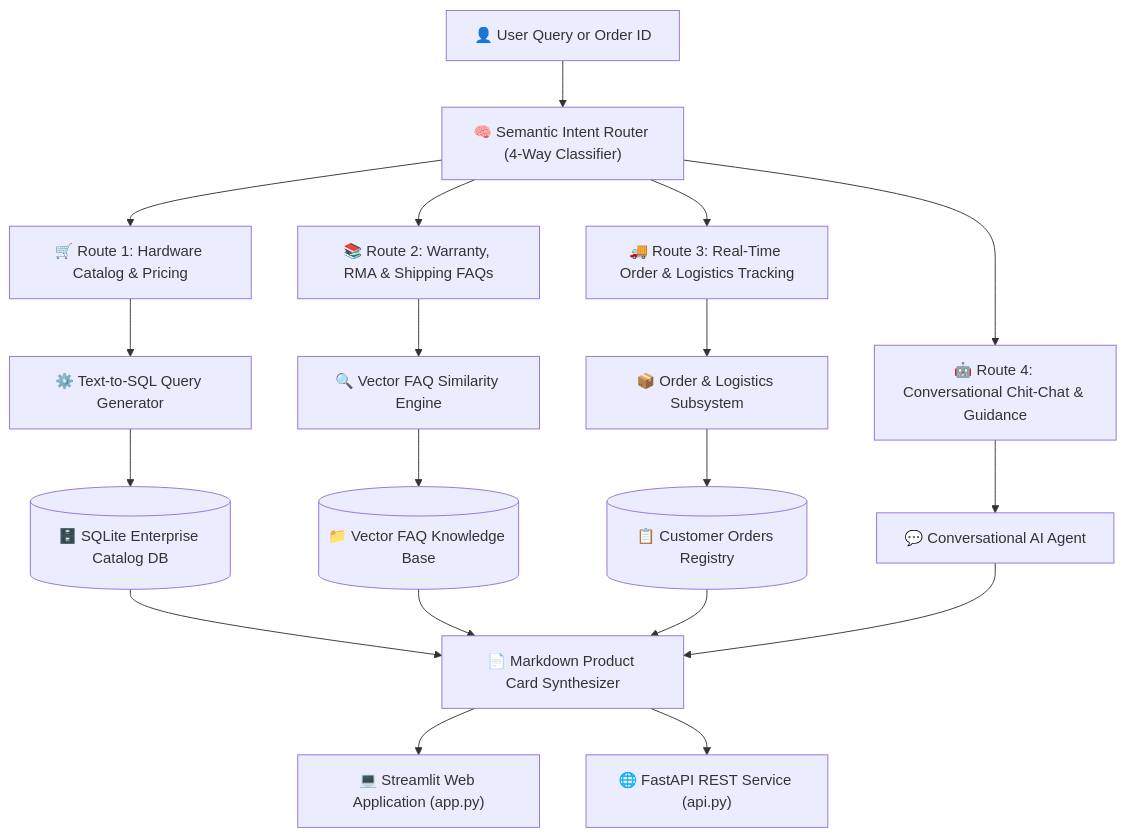
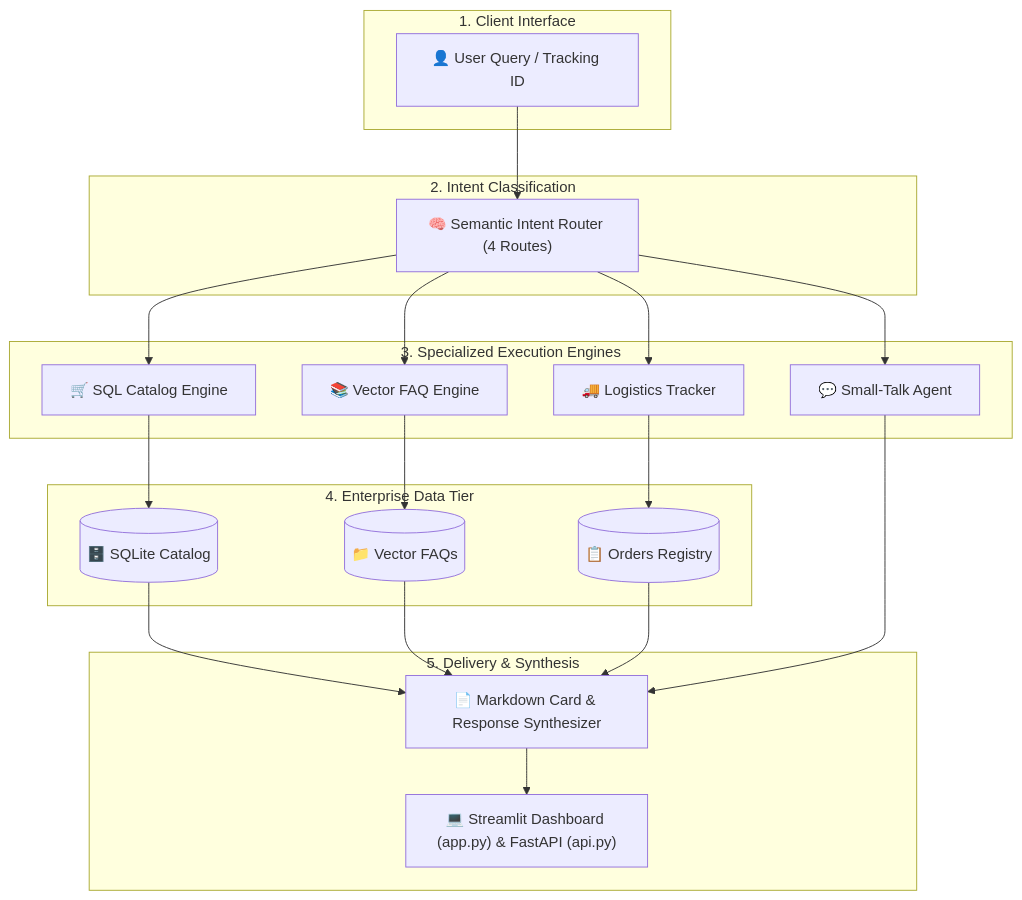
One commit to Harish-Mathematican/GyanLabs-Agentic-Commerce-Chatbot changed the diagram in README.md. Above: the diagram before and after it, drawn with Mermaid.

Commit message:
fix: compact subgraphs architecture in Mermaid diagram for responsive rendering across all screen widths

````diff
--- a/README.md
+++ b/README.md
@@ -20,26 +20,45 @@
 ```mermaid
 flowchart TD
-    User["👤 User Query or Order ID"] --> Router["🧠 Semantic Intent Router (4-Way Classifier)"]
+    subgraph ClientLayer ["1. Client Interface"]
+        User["👤 User Query / Tracking ID"]
+    end
 
-    Router --> Route1["🛒 Route 1: Hardware Catalog & Pricing"]
-    Router --> Route2["📚 Route 2: Warranty, RMA & Shipping FAQs"]
-    Router --> Route3["🚚 Route 3: Real-Time Order & Logistics Tracking"]
-    Router --> Route4["🤖 Route 4: Conversational Chit-Chat & Guidance"]
+    subgraph RouterLayer ["2. Intent Classification"]
+        Router["🧠 Semantic Intent Router (4 Routes)"]
+    end
 
-    Route1 --> SQLGen["⚙️ Text-to-SQL Query Generator"]
-    Route2 --> FAQVector["🔍 Vector FAQ Similarity Engine"]
-    Route3 --> OrderTracker["📦 Order & Logistics Subsystem"]
-    Route4 --> SmallTalk["💬 Conversational AI Agent"]
+    subgraph Engines ["3. Specialized Execution Engines"]
+        SQLGen["🛒 SQL Catalog Engine"]
+        FAQVector["📚 Vector FAQ Engine"]
+        OrderTracker["🚚 Logistics Tracker"]
+        SmallTalk["💬 Small-Talk Agent"]
+    end
 
-    SQLGen --> SQLDB[("🗄️ SQLite Enterprise Catalog DB")]
-    FAQVector --> FAQDB[("📁 Vector FAQ Knowledge Base")]
-    OrderTracker --> OrdersDB[("📋 Customer Orders Registry")]
+    subgraph DataTier ["4. Enterprise Data Tier"]
+        SQLDB[("🗄️ SQLite Catalog")]
+        FAQDB[("📁 Vector FAQs")]
+        OrdersDB[("📋 Orders Registry")]
+    end
 
-    SQLDB --> Formatter["📄 Markdown Product Card Synthesizer"]
+    subgraph Presentation ["5. Delivery & Synthesis"]
+        Formatter["📄 Markdown Card & Response Synthesizer"]
+        UI["💻 Streamlit Dashboard (app.py) & FastAPI (api.py)"]
+    end
+
+    User --> Router
+    Router --> SQLGen
+    Router --> FAQVector
+    Router --> OrderTracker
+    Router --> SmallTalk
+
+    SQLGen --> SQLDB
+    FAQVector --> FAQDB
+    OrderTracker --> OrdersDB
+
+    SQLDB --> Formatter
     FAQDB --> Formatter
     OrdersDB --> Formatter
     SmallTalk --> Formatter
 
-    Formatter --> UI["💻 Streamlit Web Application (app.py)"]
-    Formatter --> API["🌐 FastAPI REST Service (api.py)"]
+    Formatter --> UI
 ```
````
